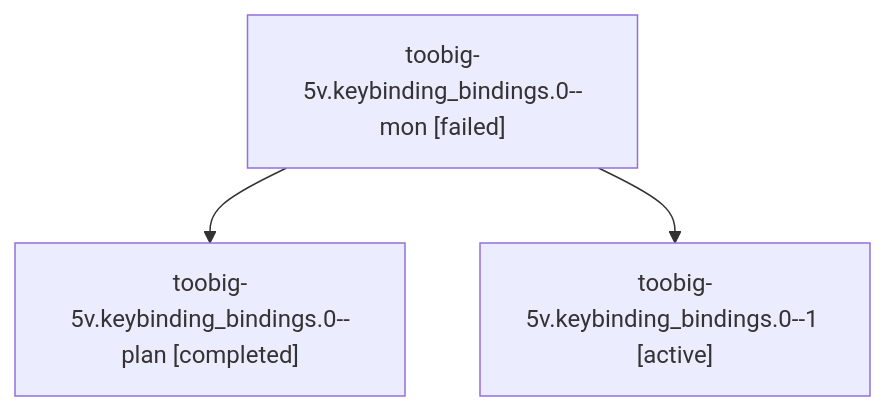
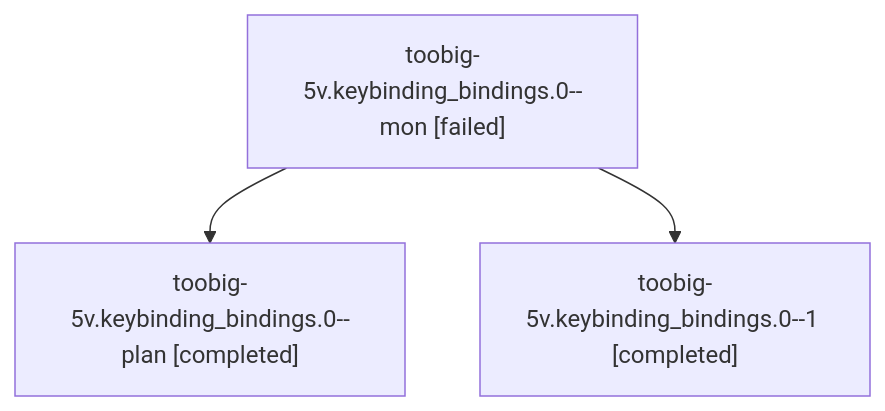
Before and after one commit to sase-org/sase--agents: the diagram in families/bbugyi200.athena.toobig-5v.keybinding_bindings.0.md, drawn with Mermaid. The commit also changed other lines of this file and 24 other files, not shown here.

````diff
--- a/families/bbugyi200.athena.toobig-5v.keybinding_bindings.0.md
+++ b/families/bbugyi200.athena.toobig-5v.keybinding_bindings.0.md
@@ -9,8 +9,8 @@
 ```mermaid
 flowchart TD
   n0["toobig-5v.keybinding_bindings.0--mon [failed]"]
   n1["toobig-5v.keybinding_bindings.0--plan [completed]"]
   n0 --> n1
-  n2["toobig-5v.keybinding_bindings.0--1 [active]"]
+  n2["toobig-5v.keybinding_bindings.0--1 [completed]"]
   n0 --> n2
 ```
````
